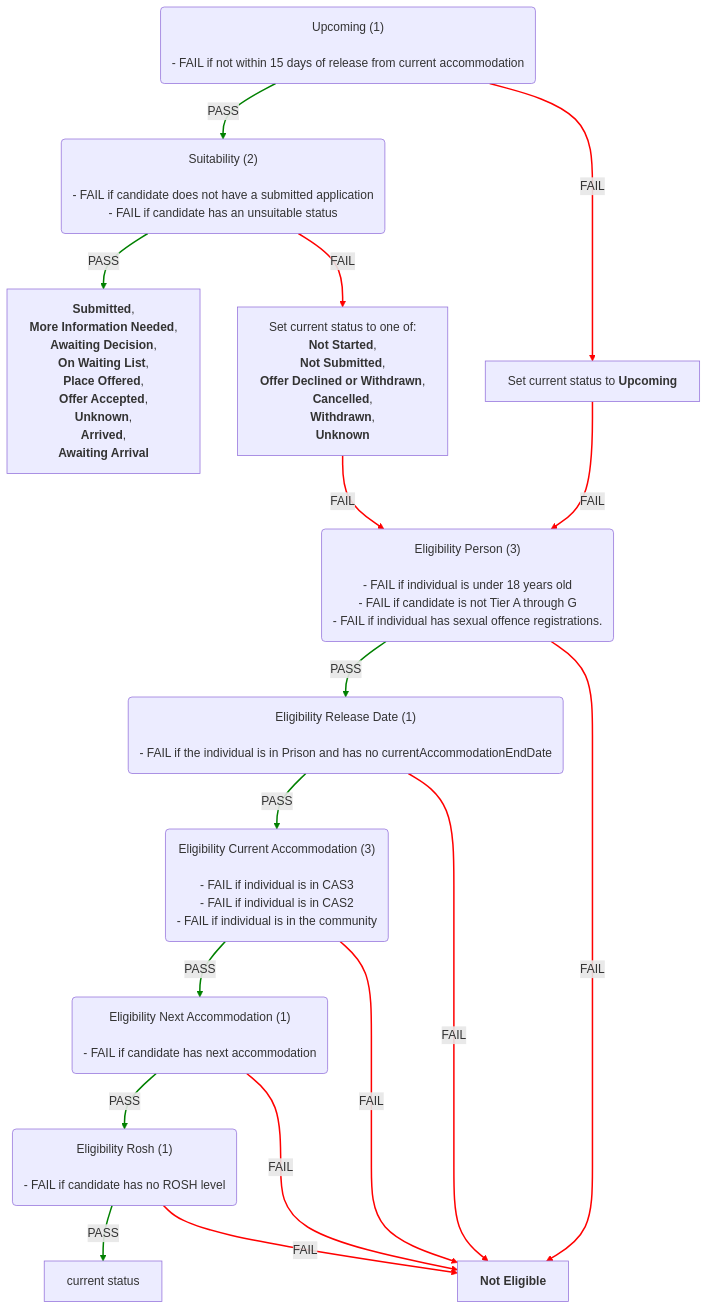
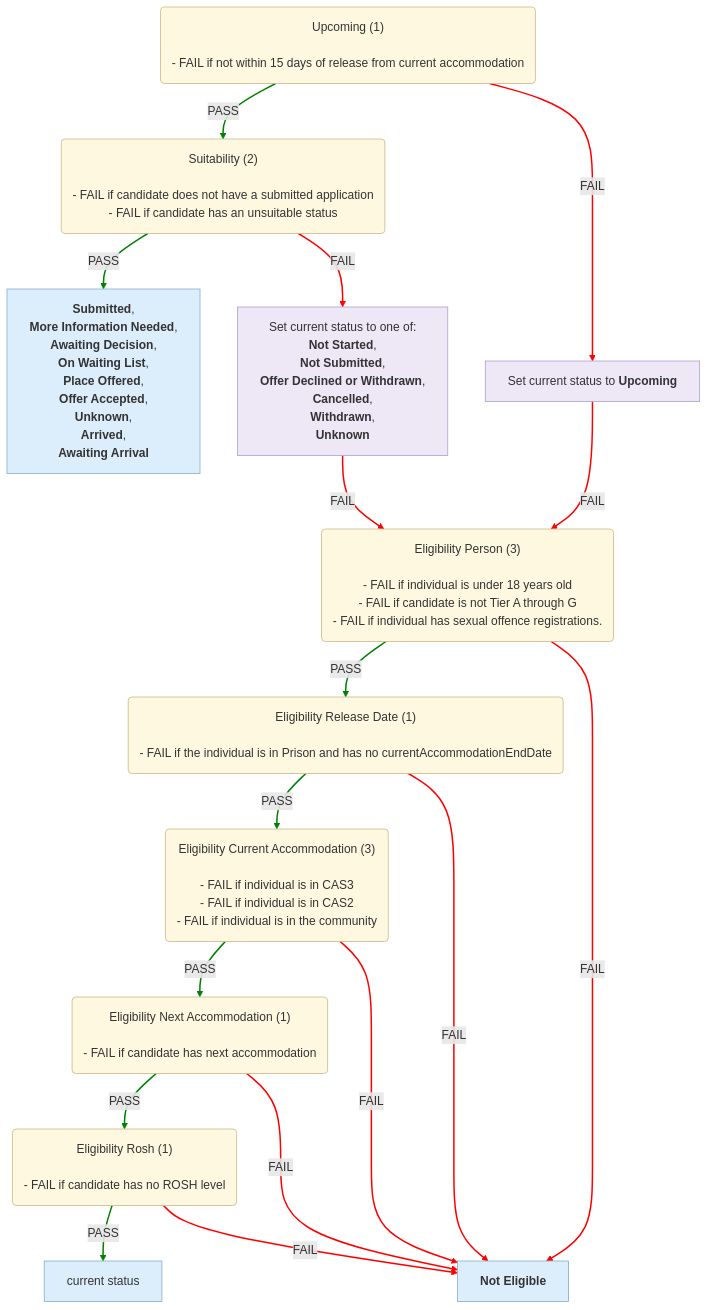
One commit to uk-gov-mirror/ministryofjustice.hmpps-single-accommodation-service-api changed the second of 6 diagrams in docs/eligibility-rules-graph.md. Above: the diagram before and after it, drawn with Mermaid. The commit also changed other lines of this file and 5 other files, not shown here.

Commit message:
chore/SAS-1532-Use-UI-statuses-in-graph-instead-of-enums

````diff
--- a/docs/eligibility-rules-graph.md
+++ b/docs/eligibility-rules-graph.md
@@ -139,67 +145,73 @@
 ```mermaid
 %%{init: {"flowchart": {"wrappingWidth": 800}}}%%
 flowchart TD
   Upcoming("Upcoming (1)
 
 - FAIL if not within 15 days of release from current accommodation")
   Suitability("Suitability (2)
 
 - FAIL if candidate does not have a submitted application
 - FAIL if candidate has an unsuitable status")
   updater_Submitted___More_Information_Needed___Awaiting_Decision___On_Waiting_List___Place_Offered___Offer_Accepted___Unknown___Arrived___Awaiting_Arrival["<b>Submitted</b>,
  <b>More Information Needed</b>,
  <b>Awaiting Decision</b>,
  <b>On Waiting List</b>,
  <b>Place Offered</b>,
  <b>Offer Accepted</b>,
  <b>Unknown</b>,
  <b>Arrived</b>,
  <b>Awaiting Arrival</b>"]
   updater_Set_current_status_to_one_of__Not_Started___Not_Submitted___Offer_Declined_or_Withdrawn___Cancelled___Withdrawn___Unknown["Set current status to one of:
 <b>Not Started</b>,
  <b>Not Submitted</b>,
  <b>Offer Declined or Withdrawn</b>,
  <b>Cancelled</b>,
  <b>Withdrawn</b>,
  <b>Unknown</b>"]
   Eligibility_Person("Eligibility Person (3)
 
 - FAIL if individual is under 18 years old
 - FAIL if candidate is not Tier A through G
 - FAIL if individual has sexual offence registrations.")
   Eligibility_Release_Date("Eligibility Release Date (1)
 
 - FAIL if the individual is in Prison and has no currentAccommodationEndDate")
   Eligibility_Current_Accommodation("Eligibility Current Accommodation (3)
 
 - FAIL if individual is in CAS3
 - FAIL if individual is in CAS2
 - FAIL if individual is in the community")
   Eligibility_Next_Accommodation("Eligibility Next Accommodation (1)
 
 - FAIL if candidate has next accommodation")
   Eligibility_Rosh("Eligibility Rosh (1)
 
 - FAIL if candidate has no ROSH level")
   current_status["current status"]
   Not_Eligible["<b>Not Eligible</b>"]
   updater_Set_current_status_to_Upcoming["Set current status to <b>Upcoming</b>"]
   Suitability -->|PASS| updater_Submitted___More_Information_Needed___Awaiting_Decision___On_Waiting_List___Place_Offered___Offer_Accepted___Unknown___Arrived___Awaiting_Arrival
   Suitability -->|FAIL| updater_Set_current_status_to_one_of__Not_Started___Not_Submitted___Offer_Declined_or_Withdrawn___Cancelled___Withdrawn___Unknown
   Eligibility_Rosh -->|PASS| current_status
   Eligibility_Rosh -->|FAIL| Not_Eligible
   Eligibility_Next_Accommodation -->|PASS| Eligibility_Rosh
   Eligibility_Next_Accommodation -->|FAIL| Not_Eligible
   Eligibility_Current_Accommodation -->|PASS| Eligibility_Next_Accommodation
   Eligibility_Current_Accommodation -->|FAIL| Not_Eligible
   Eligibility_Release_Date -->|PASS| Eligibility_Current_Accommodation
   Eligibility_Release_Date -->|FAIL| Not_Eligible
   Eligibility_Person -->|PASS| Eligibility_Release_Date
   Eligibility_Person -->|FAIL| Not_Eligible
   updater_Set_current_status_to_one_of__Not_Started___Not_Submitted___Offer_Declined_or_Withdrawn___Cancelled___Withdrawn___Unknown -->|FAIL| Eligibility_Person
   Upcoming -->|PASS| Suitability
   Upcoming -->|FAIL| updater_Set_current_status_to_Upcoming
   updater_Set_current_status_to_Upcoming -->|FAIL| Eligibility_Person
   linkStyle 0,2,4,6,8,10,13 stroke:green,stroke-width:2px
   linkStyle 1,3,5,7,9,11,12,14,15 stroke:red,stroke-width:2px
+  classDef ruleSetNode fill:#FFF8E1,stroke:#C9B37E,color:#333
+  classDef outcomeNode fill:#DCEEFB,stroke:#7FA7C9,color:#333
+  classDef updaterNode fill:#EDE7F6,stroke:#A99BC9,color:#333
+  class Upcoming,Suitability,Eligibility_Person,Eligibility_Release_Date,Eligibility_Current_Accommodation,Eligibility_Next_Accommodation,Eligibility_Rosh ruleSetNode
+  class updater_Submitted___More_Information_Needed___Awaiting_Decision___On_Waiting_List___Place_Offered___Offer_Accepted___Unknown___Arrived___Awaiting_Arrival,current_status,Not_Eligible outcomeNode
+  class updater_Set_current_status_to_one_of__Not_Started___Not_Submitted___Offer_Declined_or_Withdrawn___Cancelled___Withdrawn___Unknown,updater_Set_current_status_to_Upcoming updaterNode
 ```
````
